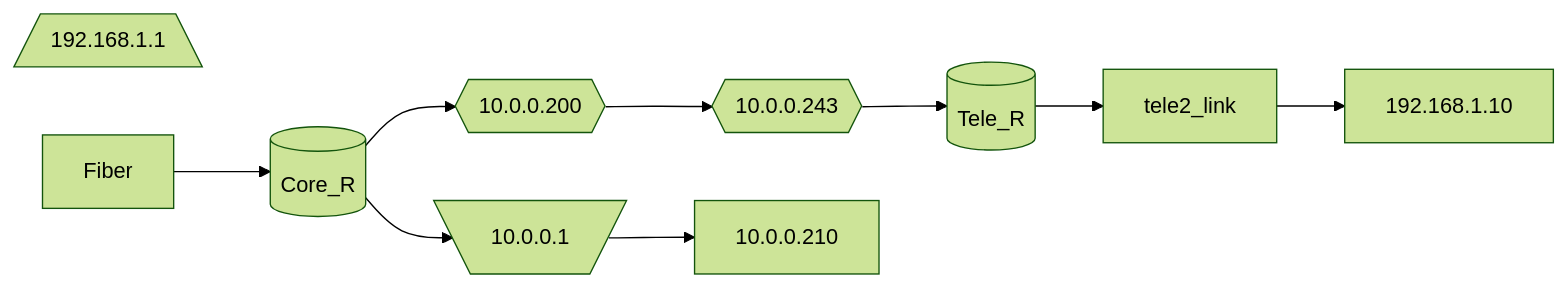
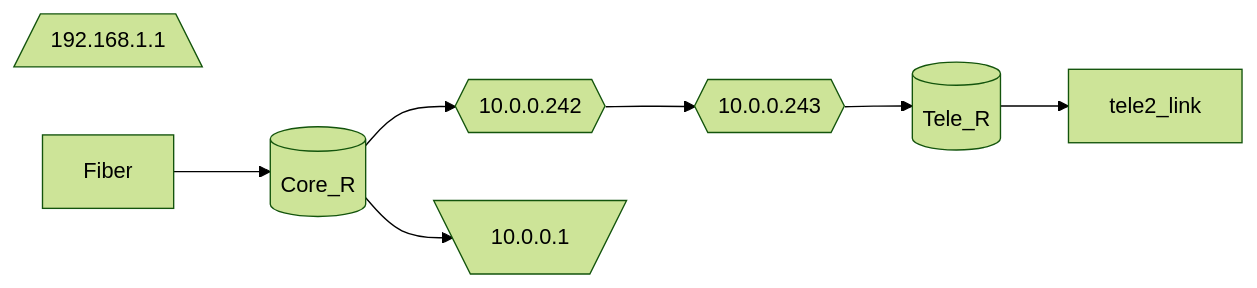
Before and after one commit to notkasim/DOCS: the second of 2 diagrams in Topology.md, drawn with Mermaid (forest theme).

````diff
--- a/Topology.md
+++ b/Topology.md
@@ -18,24 +18,24 @@
 ```mermaid
 graph LR;
     core[(Core_R)]
     tele2[(Tele_R)]
-    core_link{{10.0.0.200}}
+    core_link{{10.0.0.242}}
     tele_link{{10.0.0.243}}
     core_gw[\10.0.0.1/]
     tele_gw[/192.168.1.1\]
 
     
     Fiber-->core
     core-->core_link
     core_link-->tele_link
     tele_link-->tele2
 
-    core-->core_gw-->10.0.0.210
-    tele2-->tele2_link-->192.168.1.10
+    core-->core_gw
+    tele2-->tele2_link
 
 
 
 
 
 
 ```
````
